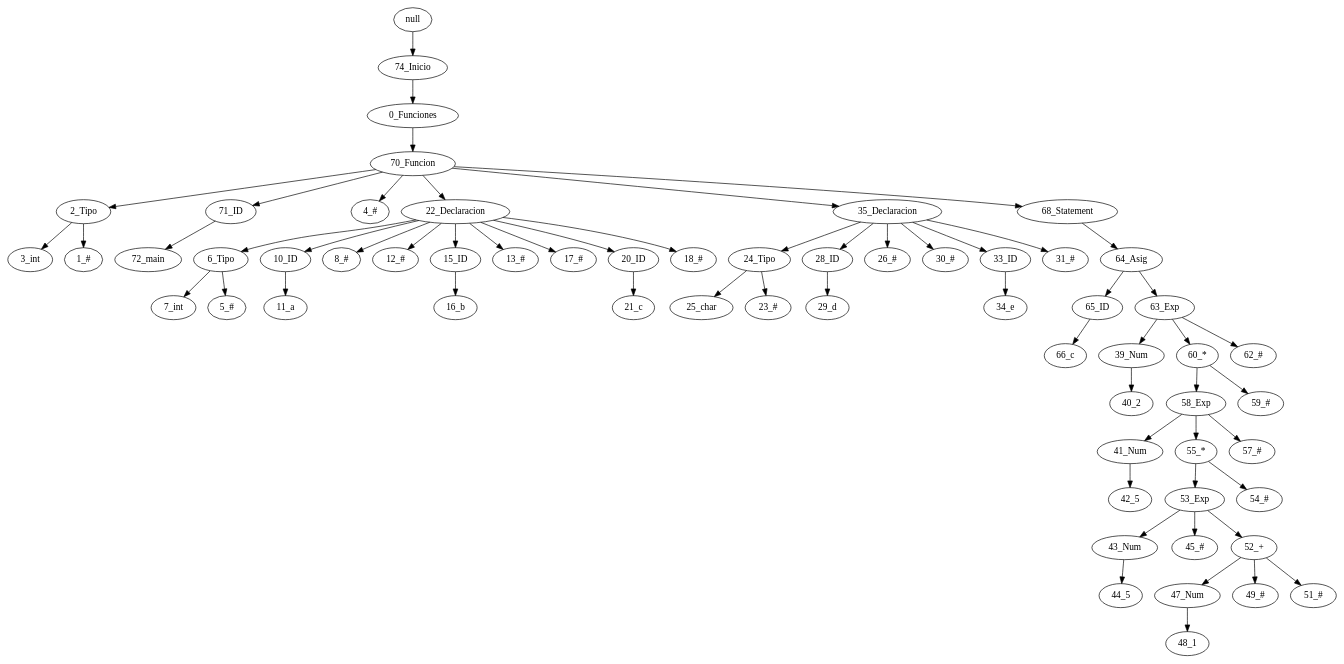
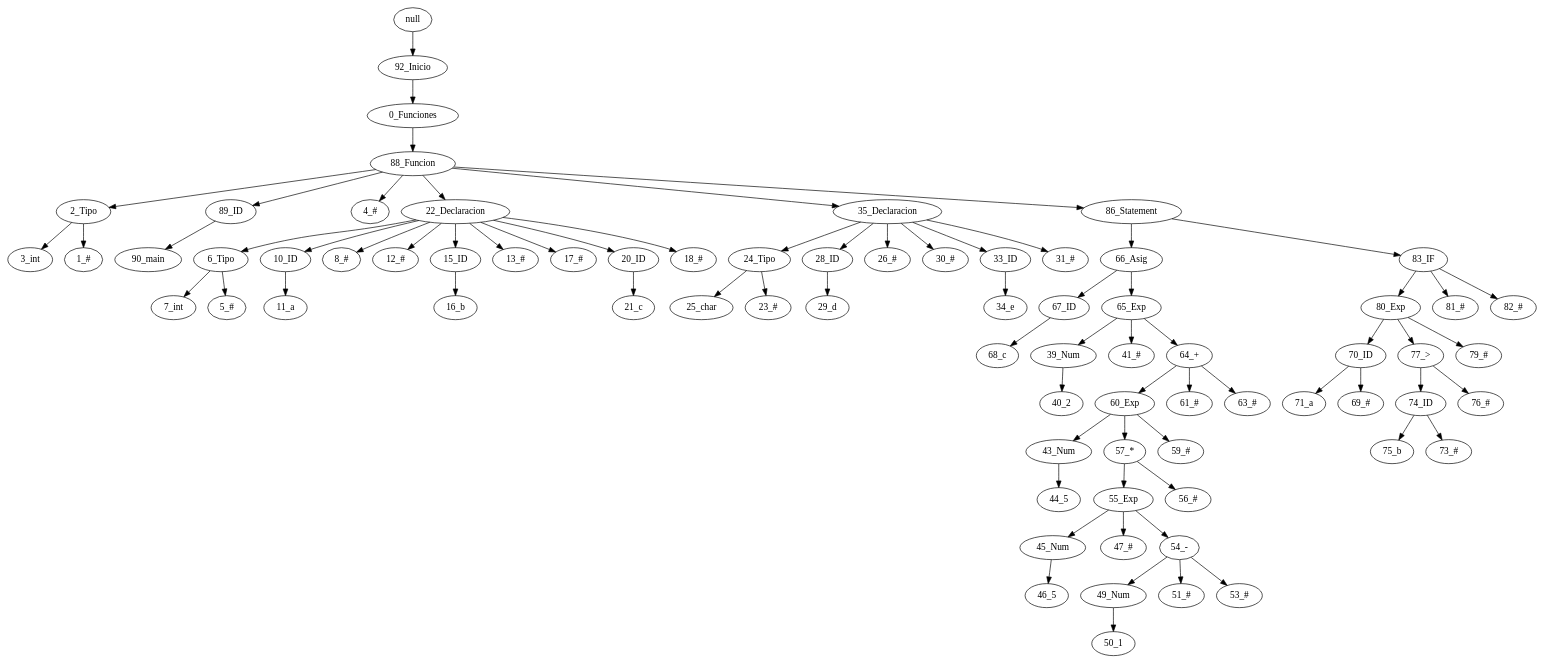
One commit to IlianaPinto/Mini-C changed the diagram in Interfaz/src/Analizador/generado.dot. Above: the diagram before and after it, drawn with Graphviz. The commit also changed 4 other files, not shown here.

```diff
--- a/Interfaz/src/Analizador/generado.dot
+++ b/Interfaz/src/Analizador/generado.dot
@@ -1,62 +1,76 @@
 digraph {
-"null" -> "74_Inicio";
-"74_Inicio" -> "0_Funciones";
-"0_Funciones" -> "70_Funcion";
-"70_Funcion" -> "2_Tipo";
+"null" -> "92_Inicio";
+"92_Inicio" -> "0_Funciones";
+"0_Funciones" -> "88_Funcion";
+"88_Funcion" -> "2_Tipo";
 "2_Tipo" -> "3_int";
 "2_Tipo" -> "1_#";
-"70_Funcion" -> "71_ID";
-"71_ID" -> "72_main";
-"70_Funcion" -> "4_#";
-"70_Funcion" -> "22_Declaracion";
+"88_Funcion" -> "89_ID";
+"89_ID" -> "90_main";
+"88_Funcion" -> "4_#";
+"88_Funcion" -> "22_Declaracion";
 "22_Declaracion" -> "6_Tipo";
 "6_Tipo" -> "7_int";
 "6_Tipo" -> "5_#";
 "22_Declaracion" -> "10_ID";
 "10_ID" -> "11_a";
 "22_Declaracion" -> "8_#";
 "22_Declaracion" -> "12_#";
 "22_Declaracion" -> "15_ID";
 "15_ID" -> "16_b";
 "22_Declaracion" -> "13_#";
 "22_Declaracion" -> "17_#";
 "22_Declaracion" -> "20_ID";
 "20_ID" -> "21_c";
 "22_Declaracion" -> "18_#";
-"70_Funcion" -> "35_Declaracion";
+"88_Funcion" -> "35_Declaracion";
 "35_Declaracion" -> "24_Tipo";
 "24_Tipo" -> "25_char";
 "24_Tipo" -> "23_#";
 "35_Declaracion" -> "28_ID";
 "28_ID" -> "29_d";
 "35_Declaracion" -> "26_#";
 "35_Declaracion" -> "30_#";
 "35_Declaracion" -> "33_ID";
 "33_ID" -> "34_e";
 "35_Declaracion" -> "31_#";
-"70_Funcion" -> "68_Statement";
-"68_Statement" -> "64_Asig";
-"64_Asig" -> "65_ID";
-"65_ID" -> "66_c";
-"64_Asig" -> "63_Exp";
-"63_Exp" -> "39_Num";
+"88_Funcion" -> "86_Statement";
+"86_Statement" -> "66_Asig";
+"66_Asig" -> "67_ID";
+"67_ID" -> "68_c";
+"66_Asig" -> "65_Exp";
+"65_Exp" -> "39_Num";
 "39_Num" -> "40_2";
-"63_Exp" -> "60_*";
-"60_*" -> "58_Exp";
-"58_Exp" -> "41_Num";
-"41_Num" -> "42_5";
-"58_Exp" -> "55_*";
-"55_*" -> "53_Exp";
-"53_Exp" -> "43_Num";
+"65_Exp" -> "41_#";
+"65_Exp" -> "64_+";
+"64_+" -> "60_Exp";
+"60_Exp" -> "43_Num";
 "43_Num" -> "44_5";
-"53_Exp" -> "45_#";
-"53_Exp" -> "52_+";
-"52_+" -> "47_Num";
-"47_Num" -> "48_1";
-"52_+" -> "49_#";
-"52_+" -> "51_#";
-"55_*" -> "54_#";
-"58_Exp" -> "57_#";
-"60_*" -> "59_#";
-"63_Exp" -> "62_#";
+"60_Exp" -> "57_*";
+"57_*" -> "55_Exp";
+"55_Exp" -> "45_Num";
+"45_Num" -> "46_5";
+"55_Exp" -> "47_#";
+"55_Exp" -> "54_-";
+"54_-" -> "49_Num";
+"49_Num" -> "50_1";
+"54_-" -> "51_#";
+"54_-" -> "53_#";
+"57_*" -> "56_#";
+"60_Exp" -> "59_#";
+"64_+" -> "61_#";
+"64_+" -> "63_#";
+"86_Statement" -> "83_IF";
+"83_IF" -> "80_Exp";
+"80_Exp" -> "70_ID";
+"70_ID" -> "71_a";
+"70_ID" -> "69_#";
+"80_Exp" -> "77_>";
+"77_>" -> "74_ID";
+"74_ID" -> "75_b";
+"74_ID" -> "73_#";
+"77_>" -> "76_#";
+"80_Exp" -> "79_#";
+"83_IF" -> "81_#";
+"83_IF" -> "82_#";
 }
```
